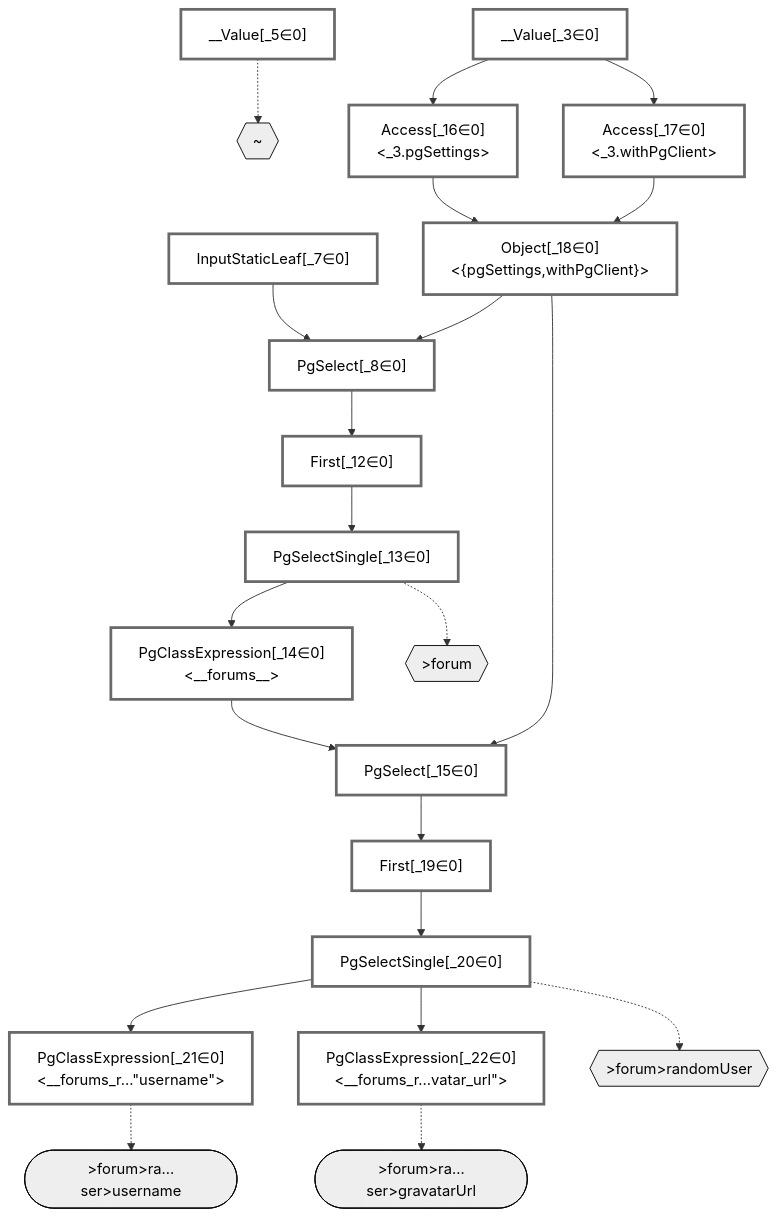
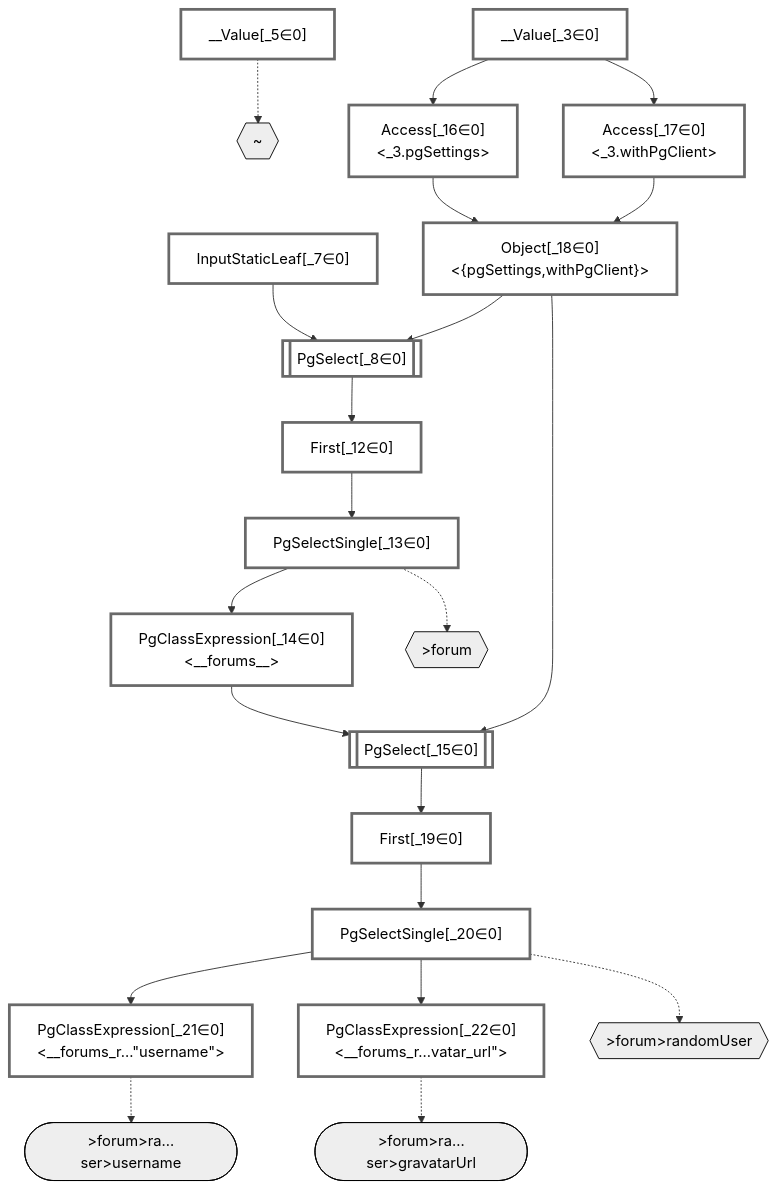
Before and after one commit to graphile/crystal: the diagram in packages/dataplan-pg/__tests__/queries/functions/computed-column-user.deopt.mermaid.md, drawn with Mermaid. The commit also changed 195 other files, not shown here.

````diff
--- a/packages/dataplan-pg/__tests__/queries/functions/computed-column-user.deopt.mermaid.md
+++ b/packages/dataplan-pg/__tests__/queries/functions/computed-column-user.deopt.mermaid.md
@@ -1,64 +1,64 @@
 ```mermaid
 graph TD
     classDef path fill:#eee,stroke:#000,color:#000
     classDef plan fill:#fff,stroke-width:3px,color:#000
     classDef itemplan fill:#fff,stroke-width:6px,color:#000
     classDef sideeffectplan fill:#f00,stroke-width:6px,color:#000
 
     %% subgraph fields
     P1{{"~"}}:::path
     P2{{">forum"}}:::path
     P3{{">forum>randomUser"}}:::path
     P4([">forum>ra…ser>username"]):::path
     %% P3 -.-> P4
     P5([">forum>ra…ser>gravatarUrl"]):::path
     %% P3 -.-> P5
     %% P2 -.-> P3
     %% P1 -.-> P2
     %% end
 
     %% define plans
     __Value_3["__Value[_3∈0]<br /><context>"]:::plan
     __Value_5["__Value[_5∈0]<br /><rootValue>"]:::plan
     InputStaticLeaf_7["InputStaticLeaf[_7∈0]"]:::plan
-    PgSelect_8["PgSelect[_8∈0]<br /><forums>"]:::plan
+    PgSelect_8[["PgSelect[_8∈0]<br /><forums>"]]:::plan
     First_12["First[_12∈0]"]:::plan
     PgSelectSingle_13["PgSelectSingle[_13∈0]<br /><forums>"]:::plan
     PgClassExpression_14["PgClassExpression[_14∈0]<br /><__forums__>"]:::plan
-    PgSelect_15["PgSelect[_15∈0]<br /><forums_random_user>"]:::plan
+    PgSelect_15[["PgSelect[_15∈0]<br /><forums_random_user>"]]:::plan
     Access_16["Access[_16∈0]<br /><_3.pgSettings>"]:::plan
     Access_17["Access[_17∈0]<br /><_3.withPgClient>"]:::plan
     Object_18["Object[_18∈0]<br /><{pgSettings,withPgClient}>"]:::plan
     First_19["First[_19∈0]"]:::plan
     PgSelectSingle_20["PgSelectSingle[_20∈0]<br /><users>"]:::plan
     PgClassExpression_21["PgClassExpression[_21∈0]<br /><__forums_r...#quot;username#quot;>"]:::plan
     PgClassExpression_22["PgClassExpression[_22∈0]<br /><__forums_r...vatar_url#quot;>"]:::plan
 
     %% plan dependencies
     Object_18 --> PgSelect_8
     InputStaticLeaf_7 --> PgSelect_8
     PgSelect_8 --> First_12
     First_12 --> PgSelectSingle_13
     PgSelectSingle_13 --> PgClassExpression_14
     Object_18 --> PgSelect_15
     PgClassExpression_14 --> PgSelect_15
     __Value_3 --> Access_16
     __Value_3 --> Access_17
     Access_16 --> Object_18
     Access_17 --> Object_18
     PgSelect_15 --> First_19
     First_19 --> PgSelectSingle_20
     PgSelectSingle_20 --> PgClassExpression_21
     PgSelectSingle_20 --> PgClassExpression_22
 
     %% plan-to-path relationships
     __Value_5 -.-> P1
     PgSelectSingle_13 -.-> P2
     PgSelectSingle_20 -.-> P3
     PgClassExpression_21 -.-> P4
     PgClassExpression_22 -.-> P5
 
     %% allocate buckets
     classDef bucket0 stroke:#696969
     class __Value_3,__Value_5,InputStaticLeaf_7,PgSelect_8,First_12,PgSelectSingle_13,PgClassExpression_14,PgSelect_15,Access_16,Access_17,Object_18,First_19,PgSelectSingle_20,PgClassExpression_21,PgClassExpression_22 bucket0
 ```
````
